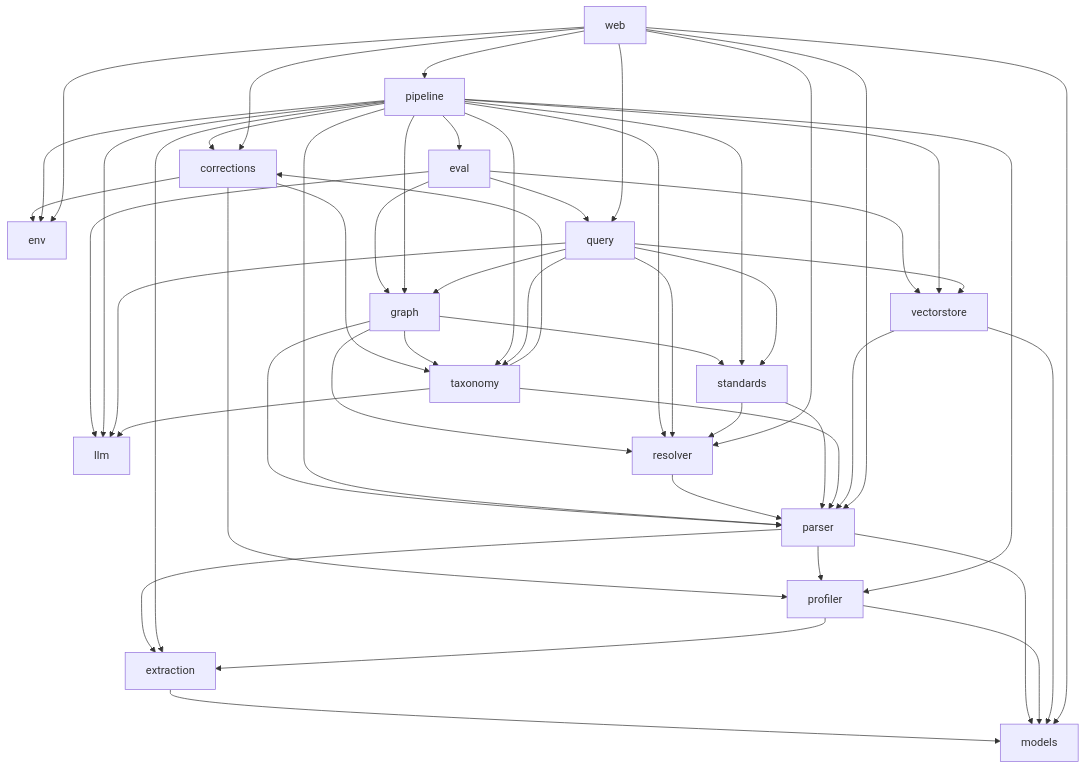
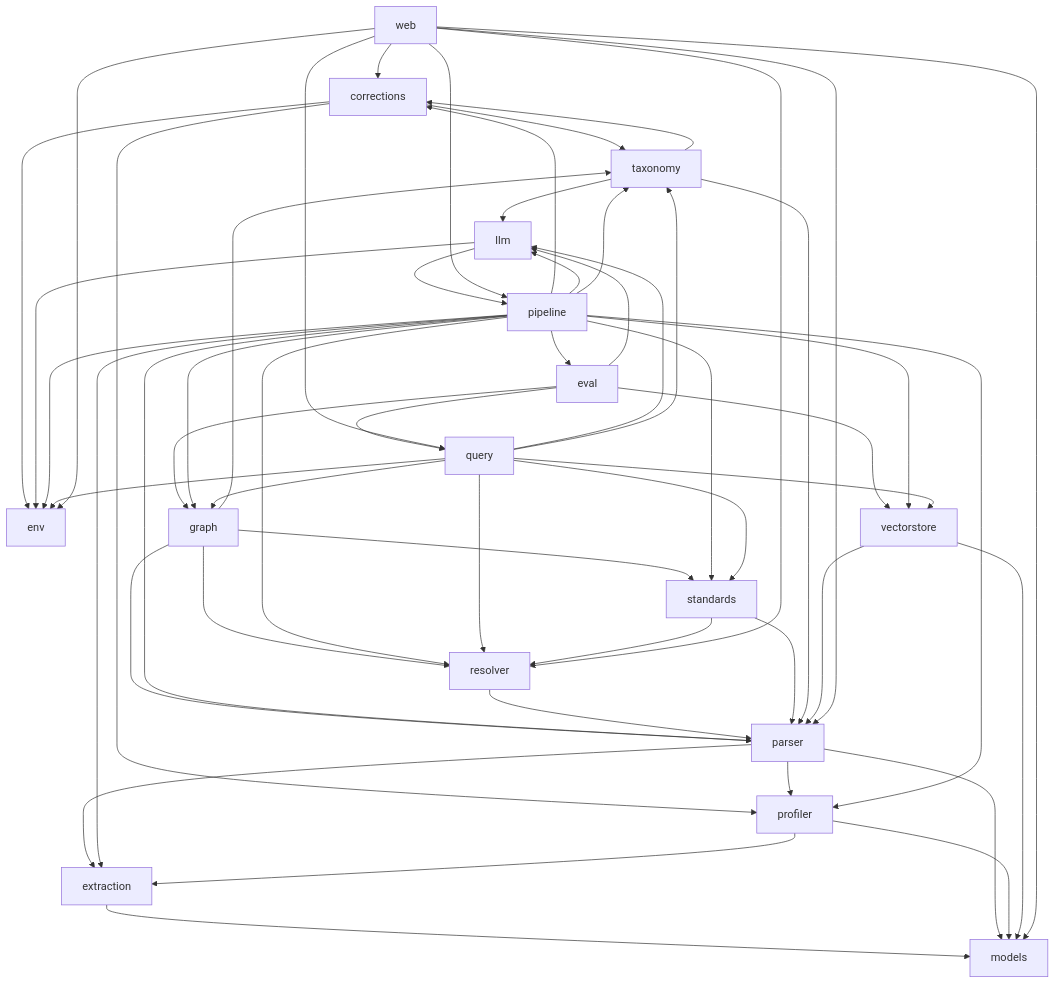
The diagram in docs/compact/MAP.md (kurnoolion/req-agent), drawn with Mermaid before and after one commit. The commit also changed other lines of this file and 10 other files, not shown here.

````diff
--- a/docs/compact/MAP.md
+++ b/docs/compact/MAP.md
@@ -28,69 +28,72 @@
 ```mermaid
 flowchart TD
     m_corrections[corrections]
     m_env[env]
     m_eval[eval]
     m_extraction[extraction]
     m_graph[graph]
     m_llm[llm]
     m_models[models]
     m_parser[parser]
     m_pipeline[pipeline]
     m_profiler[profiler]
     m_query[query]
     m_resolver[resolver]
     m_standards[standards]
     m_taxonomy[taxonomy]
     m_vectorstore[vectorstore]
     m_web[web]
     m_corrections --> m_env
     m_corrections --> m_profiler
     m_corrections --> m_taxonomy
     m_eval --> m_graph
     m_eval --> m_llm
     m_eval --> m_query
     m_eval --> m_vectorstore
     m_extraction --> m_models
     m_graph --> m_parser
     m_graph --> m_resolver
     m_graph --> m_standards
     m_graph --> m_taxonomy
+    m_llm --> m_env
+    m_llm --> m_pipeline
     m_parser --> m_extraction
     m_parser --> m_models
     m_parser --> m_profiler
     m_pipeline --> m_corrections
     m_pipeline --> m_env
     m_pipeline --> m_eval
     m_pipeline --> m_extraction
     m_pipeline --> m_graph
     m_pipeline --> m_llm
     m_pipeline --> m_parser
     m_pipeline --> m_profiler
     m_pipeline --> m_resolver
     m_pipeline --> m_standards
     m_pipeline --> m_taxonomy
     m_pipeline --> m_vectorstore
     m_profiler --> m_extraction
     m_profiler --> m_models
+    m_query --> m_env
     m_query --> m_graph
     m_query --> m_llm
     m_query --> m_resolver
     m_query --> m_standards
     m_query --> m_taxonomy
     m_query --> m_vectorstore
     m_resolver --> m_parser
     m_standards --> m_parser
     m_standards --> m_resolver
     m_taxonomy --> m_corrections
     m_taxonomy --> m_llm
     m_taxonomy --> m_parser
     m_vectorstore --> m_models
     m_vectorstore --> m_parser
     m_web --> m_corrections
     m_web --> m_env
     m_web --> m_models
     m_web --> m_parser
     m_web --> m_pipeline
     m_web --> m_query
     m_web --> m_resolver
 ```
````
